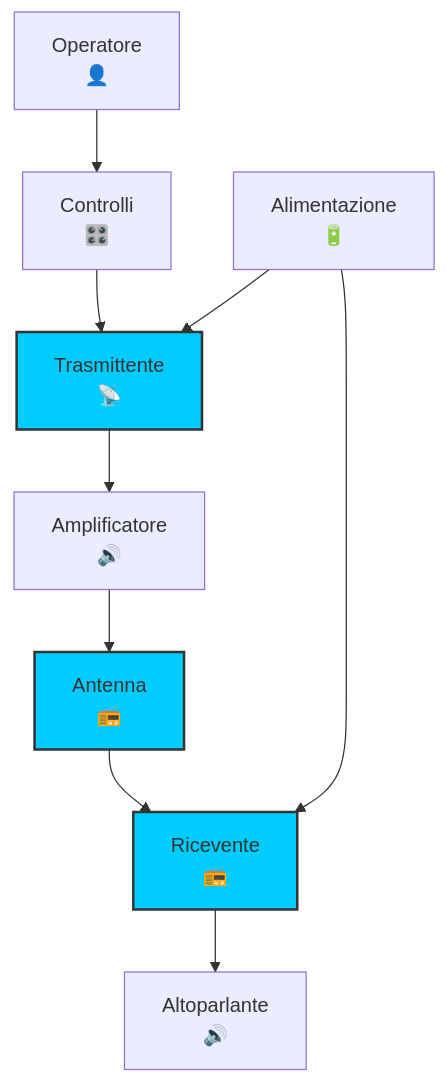
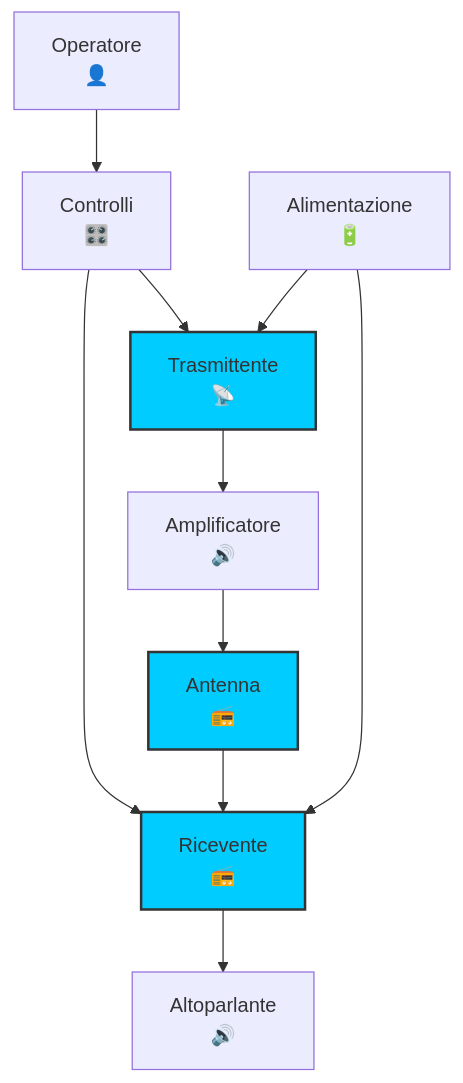
The second of 4 diagrams in C_Regolamentazione/1_Regolamento_Radiocomunicazioni_UIT.md (IU6VYG/esame-radioamatori), drawn with Mermaid before and after one commit.

Commit message:
Correggere errore nel diagramma della stazione radioamatore in 1_Regolamento_Radiocomunicazioni_UIT.md

````diff
--- a/C_Regolamentazione/1_Regolamento_Radiocomunicazioni_UIT.md
+++ b/C_Regolamentazione/1_Regolamento_Radiocomunicazioni_UIT.md
@@ -69,13 +69,14 @@
 ```mermaid
 graph TD;
     Operatore["Operatore<br>👤"] --> Controlli["Controlli<br>🎛️"];
     Controlli --> Trasmittente["Trasmittente<br>📡"];
+    Controlli --> Ricevente["Ricevente<br>📻"];
     Trasmittente --> Amplificatore["Amplificatore<br>🔊"];
     Amplificatore --> Antenna["Antenna<br>📻"];
-    Antenna --> Ricevente["Ricevente<br>📻"];
+    Antenna --> Ricevente;
     Ricevente --> Altoparlante["Altoparlante<br>🔊"];
     Alimentazione["Alimentazione<br>🔋"] --> Trasmittente;
     Alimentazione --> Ricevente;
     classDef stazione fill:#0cf,stroke:#333,stroke-width:2px;
     class Trasmittente,Ricevente,Antenna stazione;
 ```
````
